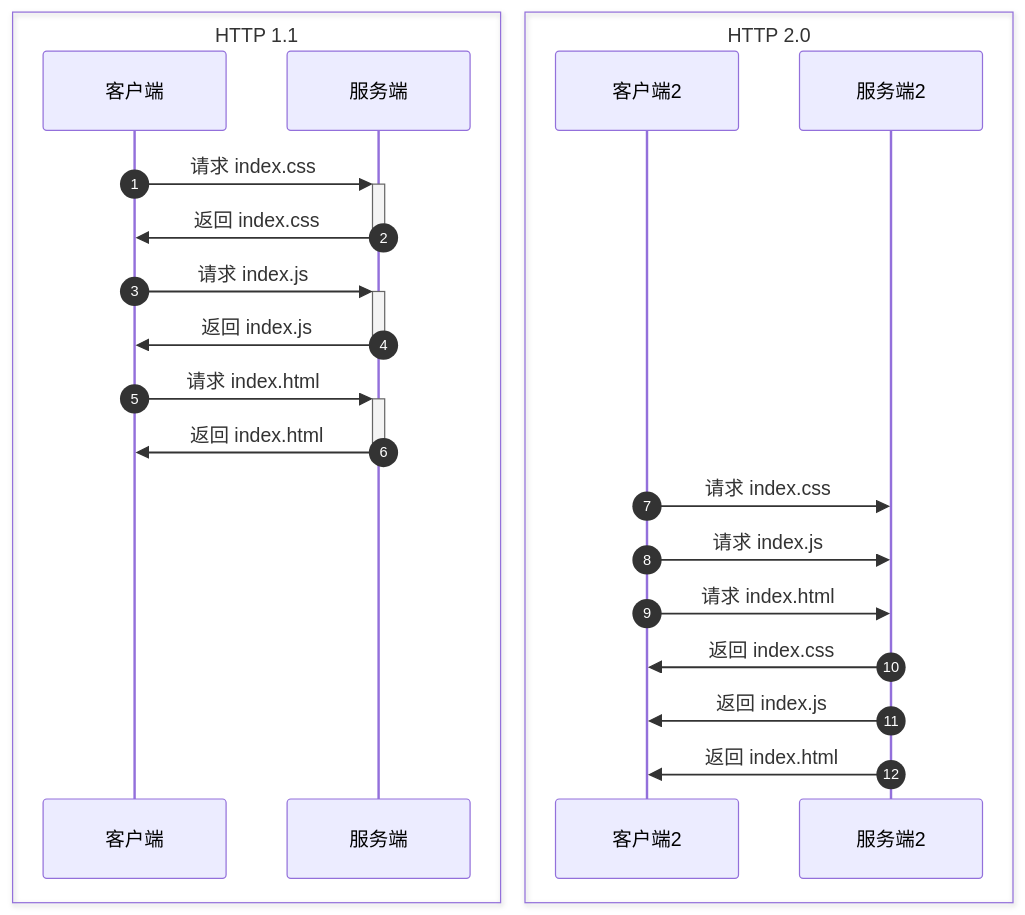
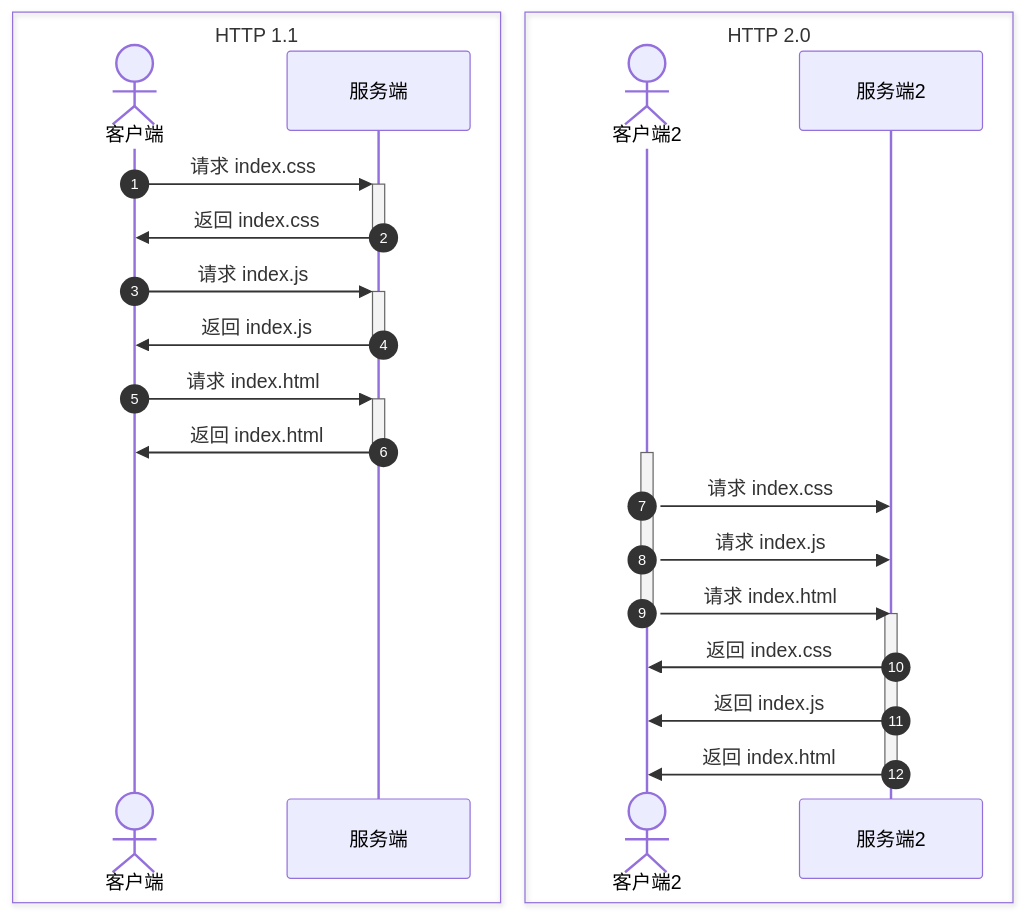
Before and after one commit to kyriejoshua/network-protocol-notes: the diagram in lib/底层网络知识之应用层/HTTP/HTTP 2.0.md, drawn with Mermaid. The commit also changed other lines of this file and 2 other files, not shown here.

````diff
--- a/lib/底层网络知识之应用层/HTTP/HTTP 2.0.md
+++ b/lib/底层网络知识之应用层/HTTP/HTTP 2.0.md
@@ -11,24 +17,29 @@
 ```mermaid
 sequenceDiagram
 autonumber
   box HTTP 1.1
-    participant 客户端
+    actor 客户端
     participant 服务端
   end
   box HTTP 2.0
-    participant 客户端2
+    actor 客户端2
     participant 服务端2
   end
     客户端->>+服务端: 请求 index.css
     服务端->>-客户端: 返回 index.css
     客户端->>+服务端: 请求 index.js
     服务端->>-客户端: 返回 index.js
     客户端->>+服务端: 请求 index.html
     服务端->>-客户端: 返回 index.html
-	客户端2->>服务端2: 请求 index.css
+    
+    activate 客户端2
+	 客户端2->>服务端2: 请求 index.css
     客户端2->>服务端2: 请求 index.js
     客户端2->>服务端2: 请求 index.html
+    deactivate 客户端2
+    activate 服务端2
     服务端2->>客户端2: 返回 index.css
     服务端2->>客户端2: 返回 index.js
     服务端2->>客户端2: 返回 index.html
+    deactivate 服务端2
 ```
````
